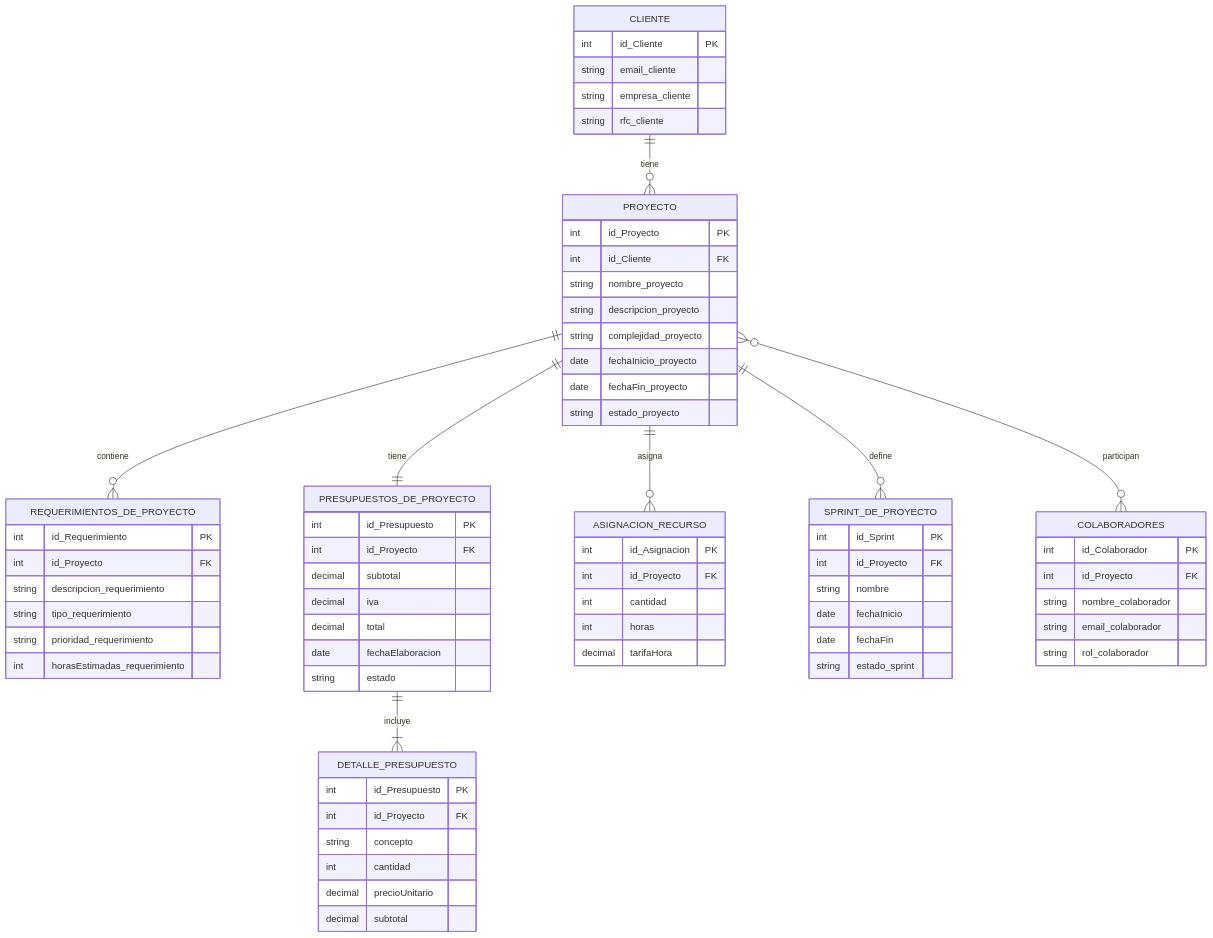
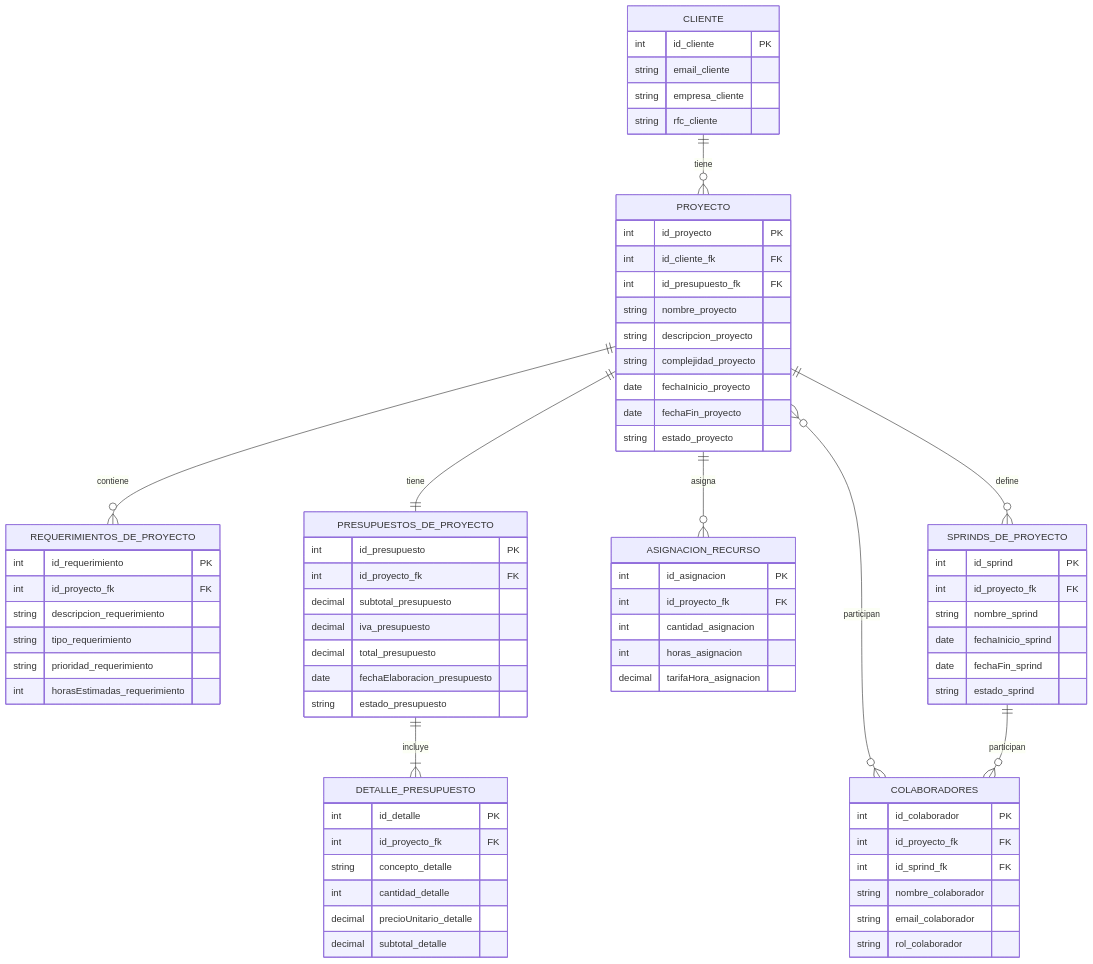
One commit to Pollix27/NGINX-Start_project changed the diagram in src/main/resources/Diagramas/Diagrama ER.mermaid. Above: the diagram before and after it, drawn with Mermaid.

Commit message:
se actualizo el diagrama Entidad relacion

```diff
--- a/src/main/resources/Diagramas/Diagrama ER.mermaid
+++ b/src/main/resources/Diagramas/Diagrama ER.mermaid
@@ -1,80 +1,83 @@
 erDiagram
     CLIENTE ||--o{ PROYECTO : "tiene"
     PROYECTO ||--o{ REQUERIMIENTOS_DE_PROYECTO : "contiene"
     PROYECTO ||--|| PRESUPUESTOS_DE_PROYECTO : "tiene"
     PRESUPUESTOS_DE_PROYECTO ||--|{ DETALLE_PRESUPUESTO : "incluye"
     PROYECTO ||--o{ ASIGNACION_RECURSO : "asigna"
-    PROYECTO ||--o{ SPRINT_DE_PROYECTO  : "define"
+    PROYECTO ||--o{ SPRINDS_DE_PROYECTO  : "define"
     PROYECTO }o--o{ COLABORADORES : "participan"
+    SPRINDS_DE_PROYECTO ||--o{COLABORADORES : "participan"
 
 
     CLIENTE {
-        int id_Cliente PK
+        int id_cliente PK
         string email_cliente
         string empresa_cliente
         string rfc_cliente
     }
 
     PROYECTO {
-        int id_Proyecto PK
-        int id_Cliente FK
+        int id_proyecto PK
+        int id_cliente_fk FK
+        int id_presupuesto_fk FK
         string nombre_proyecto
         string descripcion_proyecto
         string complejidad_proyecto
         date fechaInicio_proyecto
         date fechaFin_proyecto
         string estado_proyecto
     }
 
     REQUERIMIENTOS_DE_PROYECTO {
-        int id_Requerimiento PK
-        int id_Proyecto FK
+        int id_requerimiento PK
+        int id_proyecto_fk FK
         string descripcion_requerimiento
         string tipo_requerimiento
         string prioridad_requerimiento
         int horasEstimadas_requerimiento
     }
 
     PRESUPUESTOS_DE_PROYECTO {
-        int id_Presupuesto PK
-        int id_Proyecto FK
-        decimal subtotal
-        decimal iva
-        decimal total
-        date fechaElaboracion
-        string estado
+        int id_presupuesto PK
+        int id_proyecto_fk FK
+        decimal subtotal_presupuesto
+        decimal iva_presupuesto
+        decimal total_presupuesto
+        date fechaElaboracion_presupuesto
+        string estado_presupuesto
     }
 
     DETALLE_PRESUPUESTO {
-        int id_Presupuesto PK
-        int id_Proyecto FK
-        string concepto
-        int cantidad
-        decimal precioUnitario
-        decimal subtotal
+        int id_detalle PK
+        int id_proyecto_fk FK
+        string concepto_detalle
+        int cantidad_detalle
+        decimal precioUnitario_detalle
+        decimal subtotal_detalle
     }
 
     ASIGNACION_RECURSO {
-        int id_Asignacion PK
-        int id_Proyecto FK
-        int cantidad
-        int horas
-        decimal tarifaHora
+        int id_asignacion PK
+        int id_proyecto_fk FK
+        int cantidad_asignacion
+        int horas_asignacion
+        decimal tarifaHora_asignacion
     }
 
-    SPRINT_DE_PROYECTO {
-        int id_Sprint PK
-        int id_Proyecto FK
-        string nombre
-        date fechaInicio
-        date fechaFin
-        string estado_sprint
+    SPRINDS_DE_PROYECTO {
+        int id_sprind PK
+        int id_proyecto_fk FK
+        string nombre_sprind
+        date fechaInicio_sprind
+        date fechaFin_sprind
+        string estado_sprind
     }
 
     COLABORADORES {
-        int id_Colaborador PK
-        int id_Proyecto FK
+        int id_colaborador PK
+        int id_proyecto_fk FK
+        int id_sprind_fk FK
         string nombre_colaborador
         string email_colaborador
         string rol_colaborador
     }
```
